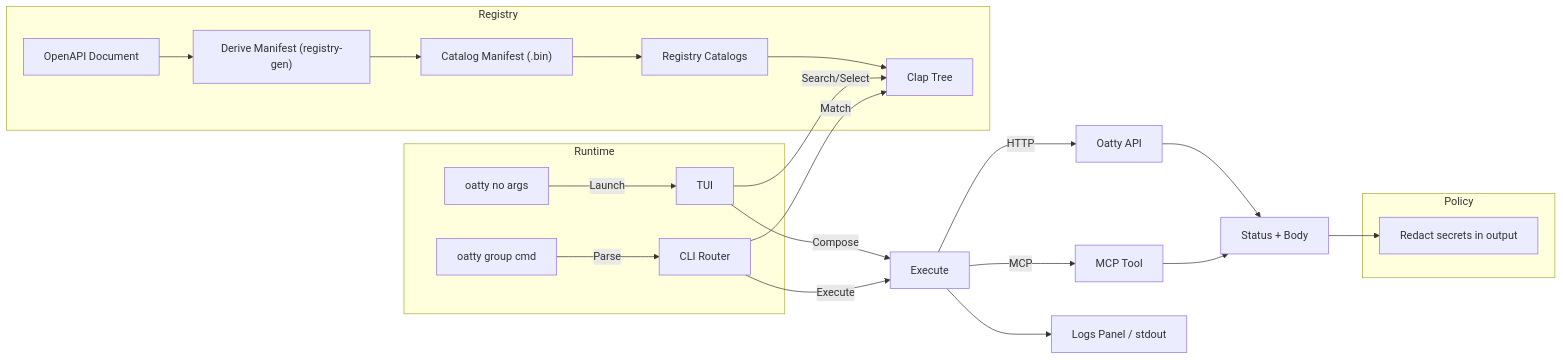
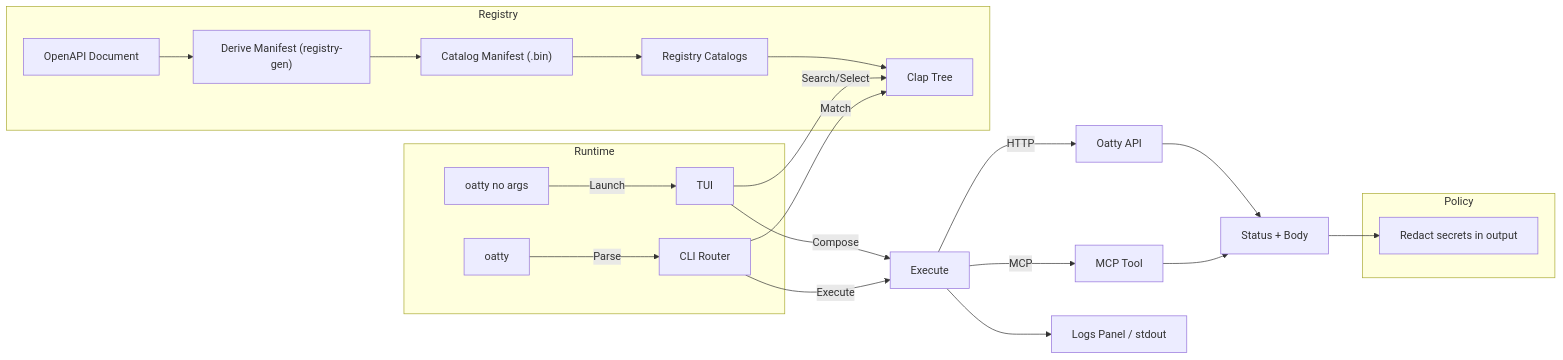
One commit to oattyio/oatty changed the diagram in README.md. Above: the diagram before and after it, drawn with Mermaid. The commit also changed other lines of this file and 14 other files, not shown here.

````diff
--- a/README.md
+++ b/README.md
@@ -284,30 +285,30 @@
 ```mermaid
 flowchart LR
   subgraph Runtime
     A[oatty no args] -->|Launch| TUI[TUI]
-    A2[oatty group cmd] -->|Parse| CLI[CLI Router]
+    A2["oatty <group> <command:name>"] -->|Parse| CLI[CLI Router]
   end
 
   subgraph Registry
     S[OpenAPI Document] --> D["Derive Manifest (registry-gen)"]
     D --> M["Catalog Manifest (.bin)"]
     M --> RC[Registry Catalogs]
     RC --> C[Clap Tree]
   end
 
   TUI -->|Search/Select| C
   TUI -->|Compose| RUN[Execute]
   CLI -->|Match| C
   CLI -->|Execute| RUN
 
   RUN -->|HTTP| HTTP[Oatty API]
   RUN -->|MCP| MCP[MCP Tool]
   HTTP --> OUT2[Status + Body]
   MCP --> OUT2
 
   subgraph Policy
     REDACT[Redact secrets in output]
   end
   OUT2 --> REDACT
   RUN --> LOGS[Logs Panel / stdout]
 ```
````
